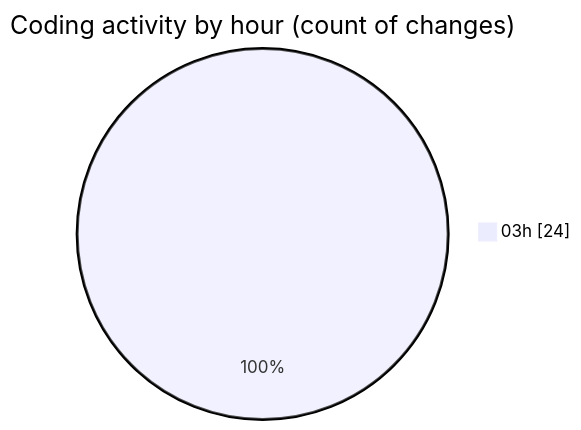
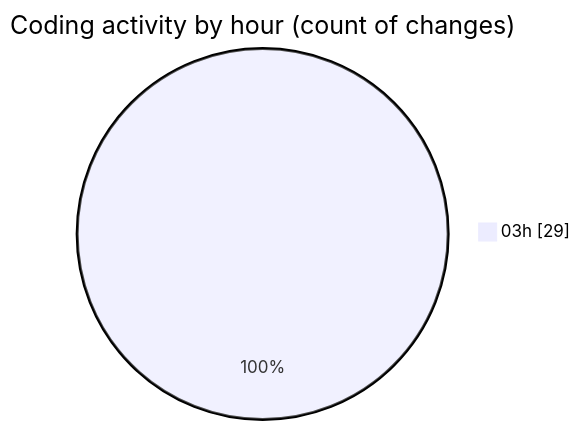
Before and after one commit to hasnaa123/code-tracking: the second of 2 diagrams in 2026-03-14/multi_client_chat/README.md, drawn with Mermaid. The commit also changed other lines of this file and 1 other file, not shown here.

````diff
--- a/2026-03-14/multi_client_chat/README.md
+++ b/2026-03-14/multi_client_chat/README.md
@@ -30,5 +30,5 @@
 ```mermaid
 pie showData
 title Coding activity by hour (count of changes)
-"03h" : 24
+"03h" : 29
 ```
````
